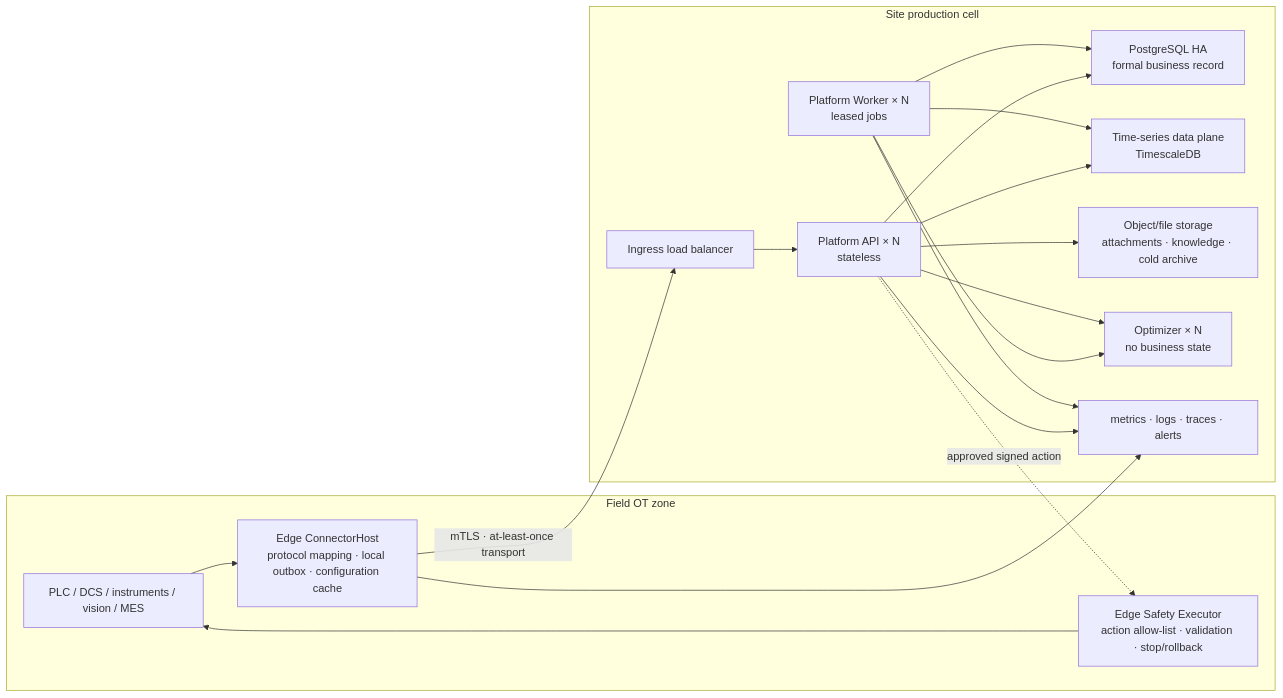
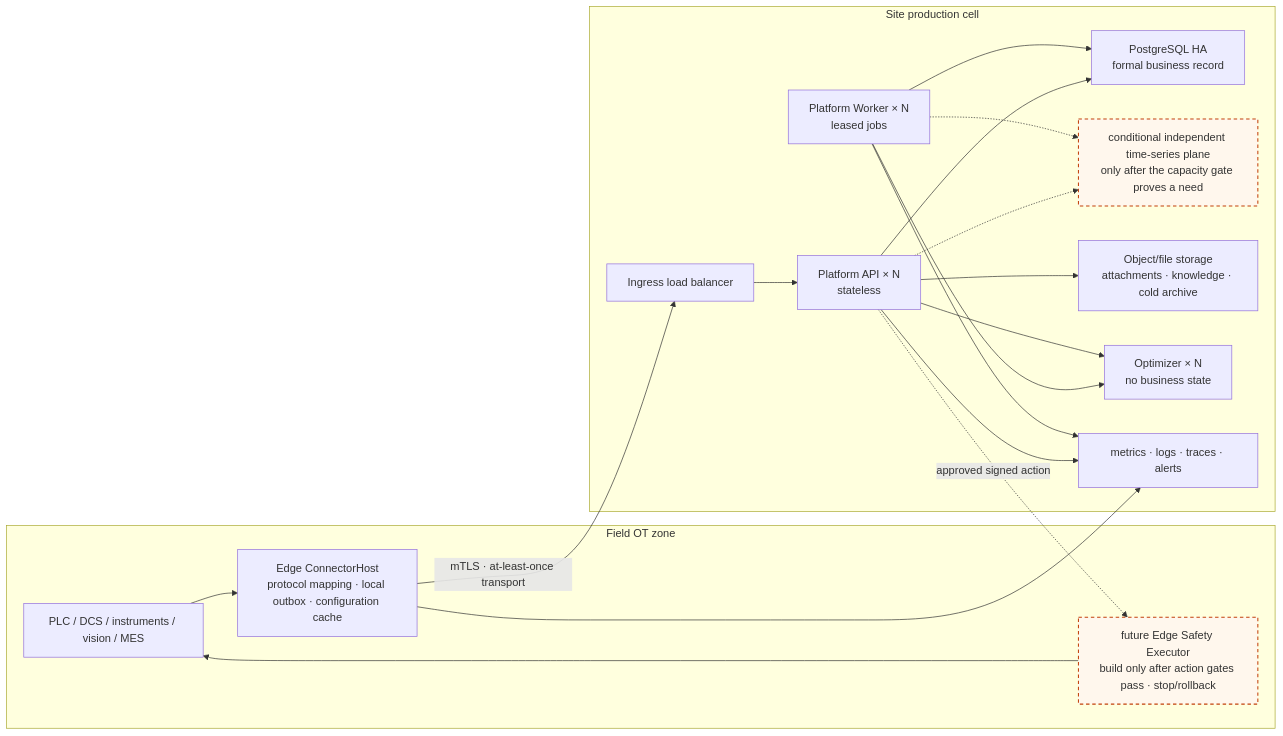
One commit to liuweichaox/Ingot changed the diagram in docs/production-architecture.en.md. Above: the diagram before and after it, drawn with Mermaid. The commit also changed other lines of this file and 87 other files, not shown here.

````diff
--- a/docs/production-architecture.en.md
+++ b/docs/production-architecture.en.md
@@ -73,35 +73,37 @@
 ```mermaid
 flowchart LR
     subgraph OT["Field OT zone"]
         Sources["PLC / DCS / instruments / vision / MES"]
         Edge["Edge ConnectorHost\nprotocol mapping · local outbox · configuration cache"]
-        Safety["Edge Safety Executor\naction allow-list · validation · stop/rollback"]
+        Safety["future Edge Safety Executor\nbuild only after action gates pass · stop/rollback"]
         Sources --> Edge
         Safety --> Sources
     end
 
     subgraph Cell["Site production cell"]
         LB["Ingress load balancer"]
         Api["Platform API × N\nstateless"]
         Worker["Platform Worker × N\nleased jobs"]
         Control["PostgreSQL HA\nformal business record"]
-        Series["Time-series data plane\nTimescaleDB"]
+        Series["conditional independent time-series plane\nonly after the capacity gate proves a need"]
         Files["Object/file storage\nattachments · knowledge · cold archive"]
         Optimizer["Optimizer × N\nno business state"]
         Observe["metrics · logs · traces · alerts"]
         LB --> Api
         Api --> Control
-        Api --> Series
+        Api -.-> Series
         Api --> Files
         Worker --> Control
-        Worker --> Series
+        Worker -.-> Series
         Worker --> Optimizer
         Api --> Optimizer
         Api --> Observe
         Worker --> Observe
     end
 
     Edge -->|"mTLS · at-least-once transport"| LB
     Api -. "approved signed action" .-> Safety
     Edge --> Observe
+    classDef future fill:#FFF7ED,stroke:#C2410C,stroke-width:1.5px,stroke-dasharray:5 4
+    class Safety,Series future
 ```
````
